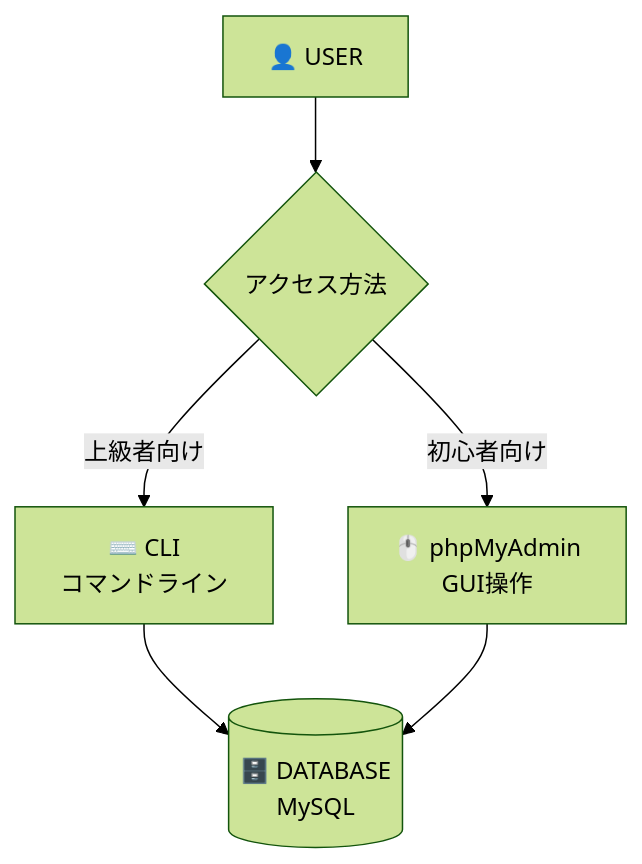
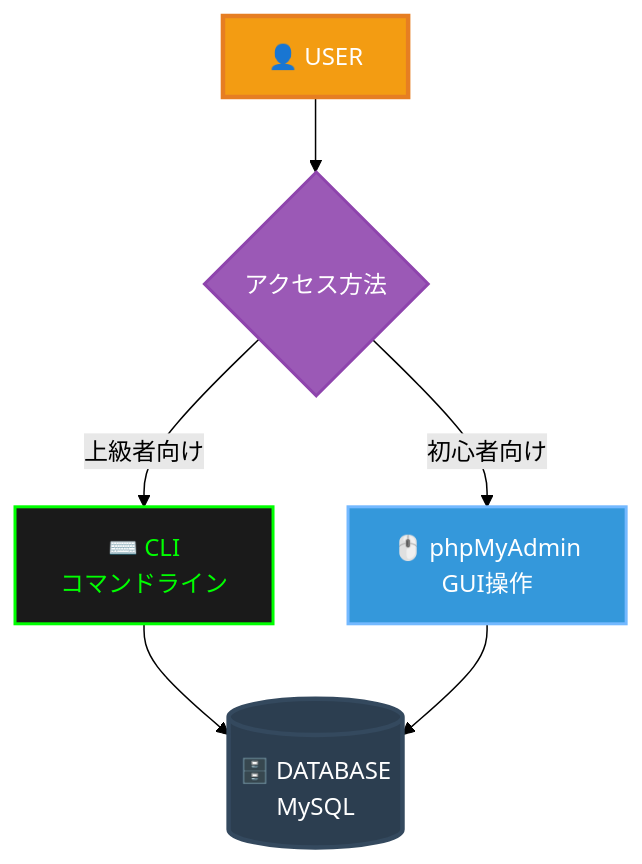
The diagram in php/gs_php_day2.md (fukushimasurao/gs-rep), drawn with Mermaid (forest theme) before and after one commit.

Commit message:
mermaidもう一回！
mermaid

````diff
--- a/php/gs_php_day2.md
+++ b/php/gs_php_day2.md
@@ -71,8 +71,20 @@
 ```mermaid
 graph TD
     A[👤 USER] --> B{アクセス方法}
     B -->|上級者向け| C[⌨️ CLI<br/>コマンドライン]
     B -->|初心者向け| D[🖱️ phpMyAdmin<br/>GUI操作]
     C --> E[(🗄️ DATABASE<br/>MySQL)]
     D --> E
+    
+    classDef user fill:#f39c12,stroke:#e67e22,stroke-width:3px,color:#fff
+    classDef cli fill:#1a1a1a,stroke:#00ff00,stroke-width:2px,color:#00ff00
+    classDef gui fill:#3498db,stroke:#74b9ff,stroke-width:2px,color:#fff
+    classDef db fill:#2c3e50,stroke:#34495e,stroke-width:3px,color:#fff
+    classDef choice fill:#9b59b6,stroke:#8e44ad,stroke-width:2px,color:#fff
+    
+    class A user
+    class B choice
+    class C cli
+    class D gui
+    class E db
 ```
````
